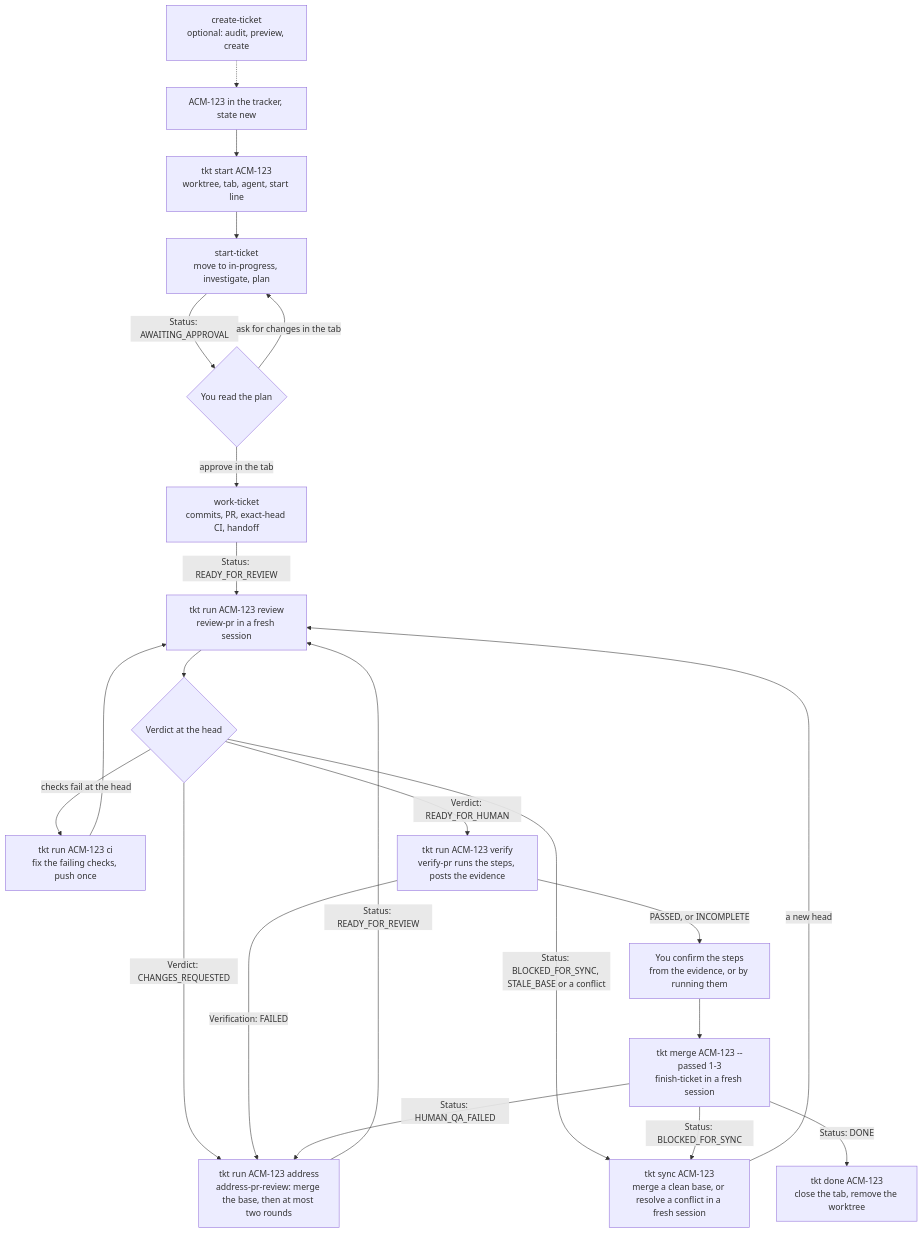
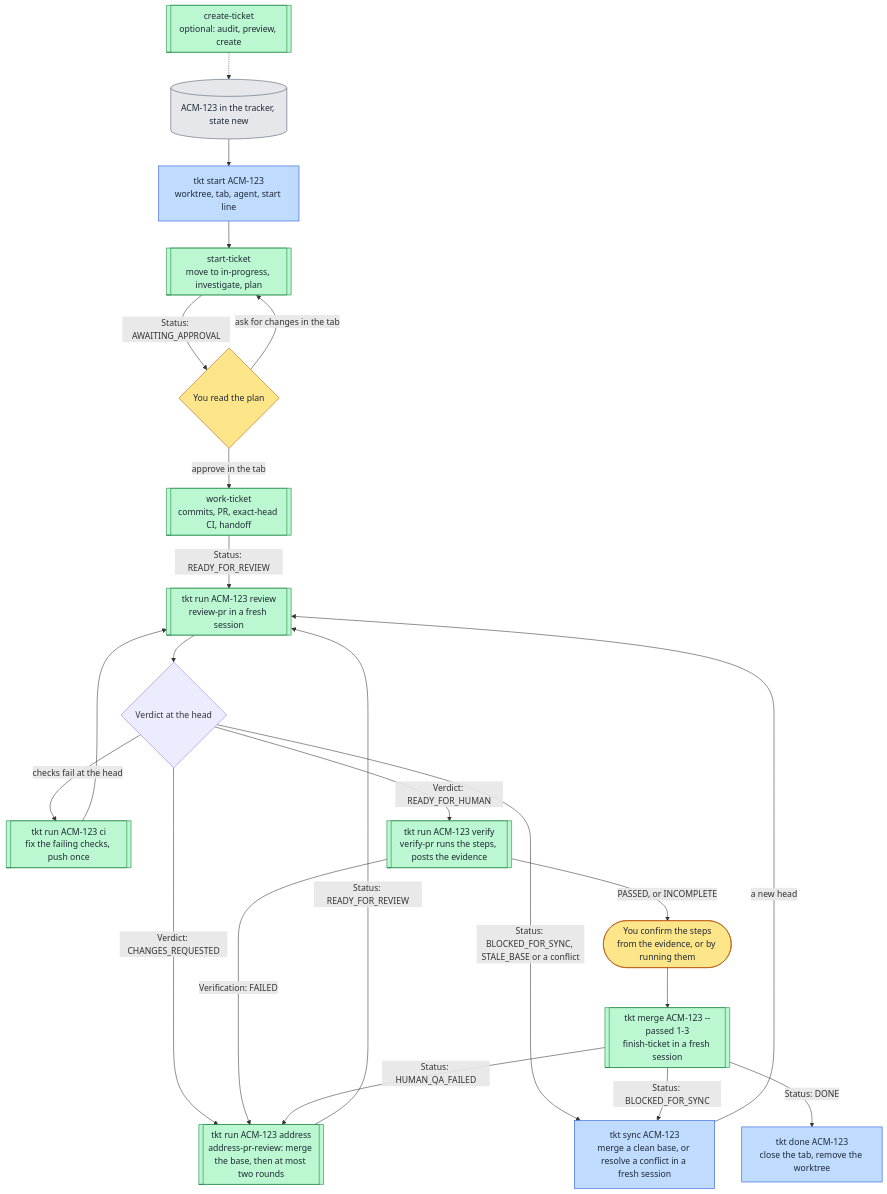
The second of 9 diagrams in docs/lifecycle.md (rogsme/tkt), drawn with Mermaid before and after one commit. The commit also changed other lines of this file and 4 other files, not shown here.

First line of the commit message:
Open the README with diagrams of how a ticket moves

````diff
--- a/docs/lifecycle.md
+++ b/docs/lifecycle.md
@@ -59,40 +70,49 @@
 ```mermaid
 flowchart TD
-  ticket[ACM-123 in the tracker, state new]
-  ct[create-ticket<br/>optional: audit, preview, create]
+  ticket[(ACM-123 in the tracker, state new)]
+  ct[[create-ticket<br/>optional: audit, preview, create]]
   start[tkt start ACM-123<br/>worktree, tab, agent, start line]
-  st[start-ticket<br/>move to in-progress, investigate, plan]
+  st[[start-ticket<br/>move to in-progress, investigate, plan]]
   plan{You read the plan}
-  wk[work-ticket<br/>commits, PR, exact-head CI, handoff]
-  review[tkt run ACM-123 review<br/>review-pr in a fresh session]
+  wk[[work-ticket<br/>commits, PR, exact-head CI, handoff]]
+  review[[tkt run ACM-123 review<br/>review-pr in a fresh session]]
   verdict{Verdict at the head}
-  address[tkt run ACM-123 address<br/>address-pr-review: merge the base, then at most two rounds]
+  address[[tkt run ACM-123 address<br/>address-pr-review: merge the base, then at most two rounds]]
   sync[tkt sync ACM-123<br/>merge a clean base, or resolve a conflict in a fresh session]
-  cifix[tkt run ACM-123 ci<br/>fix the failing checks, push once]
-  verify[tkt run ACM-123 verify<br/>verify-pr runs the steps, posts the evidence]
-  human[You confirm the steps<br/>from the evidence, or by running them]
-  merge[tkt merge ACM-123 --passed 1-3<br/>finish-ticket in a fresh session]
+  cifix[[tkt run ACM-123 ci<br/>fix the failing checks, push once]]
+  verify[[tkt run ACM-123 verify<br/>verify-pr runs the steps, posts the evidence]]
+  human([You confirm the steps<br/>from the evidence, or by running them])
+  merge[[tkt merge ACM-123 --passed 1-3<br/>finish-ticket in a fresh session]]
   done[tkt done ACM-123<br/>close the tab, remove the worktree]
 
   ct -.-> ticket
   ticket --> start
   start --> st
   st -->|Status: AWAITING_APPROVAL| plan
   plan -->|ask for changes in the tab| st
   plan -->|approve in the tab| wk
   wk -->|Status: READY_FOR_REVIEW| review
   review --> verdict
   verdict -->|Verdict: CHANGES_REQUESTED| address
   verdict -->|Status: BLOCKED_FOR_SYNC, STALE_BASE or a conflict| sync
   verdict -->|checks fail at the head| cifix
   verdict -->|Verdict: READY_FOR_HUMAN| verify
   verify -->|Verification: FAILED| address
   verify -->|PASSED, or INCOMPLETE| human
   address -->|Status: READY_FOR_REVIEW| review
   sync -->|a new head| review
   cifix --> review
   human --> merge
   merge -->|Status: HUMAN_QA_FAILED| address
   merge -->|Status: BLOCKED_FOR_SYNC| sync
   merge -->|Status: DONE| done
+
+  classDef you fill:#fde68a,stroke:#b45309,color:#1f2937
+  classDef tkt fill:#bfdbfe,stroke:#1d4ed8,color:#1f2937
+  classDef skill fill:#bbf7d0,stroke:#15803d,color:#1f2937
+  classDef ext fill:#e5e7eb,stroke:#4b5563,color:#1f2937
+  class plan,human you
+  class start,sync,done tkt
+  class ct,st,wk,review,address,cifix,verify,merge skill
+  class ticket ext
 ```
````
